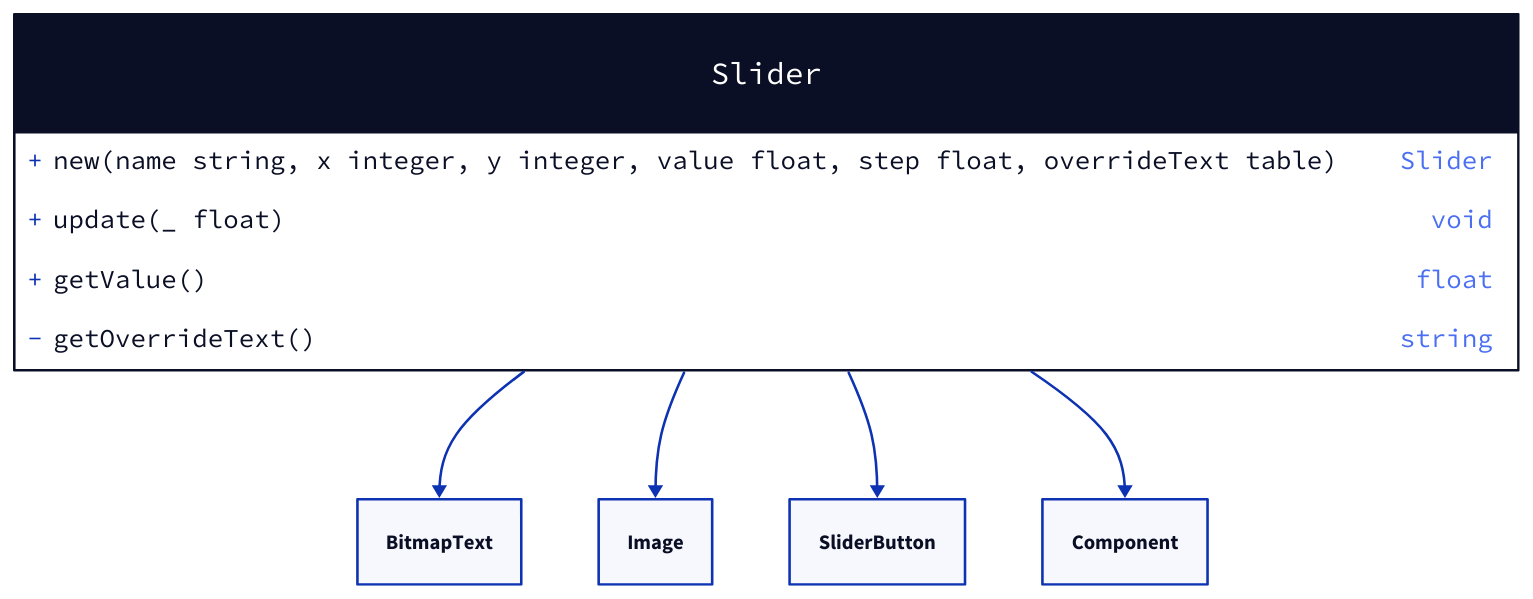
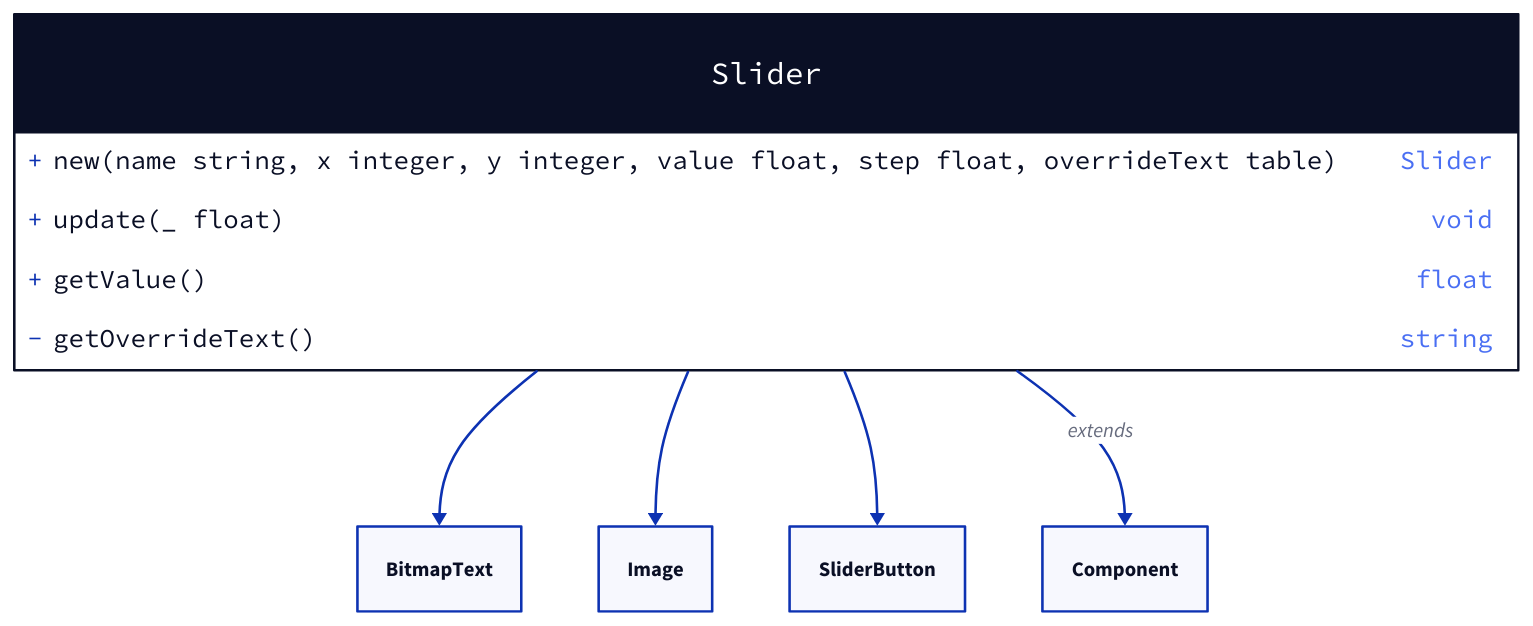
One commit to valcriss/gamingcampus-m1-lua-battletank changed the diagram in docs/slider.d2. Above: the diagram before and after it, drawn with D2. The commit also changed 64 other files, not shown here.

```diff
--- a/docs/slider.d2
+++ b/docs/slider.d2
@@ -1,13 +1,13 @@
 Slider: {
   shape: class
 
   +new(name string, x integer, y integer, value float, step float, overrideText table): Slider
 
   +update(_ float): void
   +getValue(): float
   -getOverrideText(): string
 }
 Slider -> BitmapText
 Slider -> Image
 Slider -> SliderButton
-Slider -> Component
+Slider -> Component: extends
```
